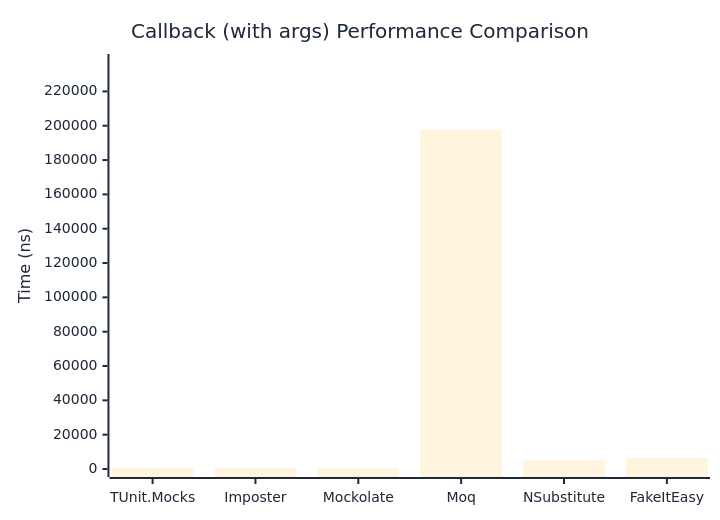
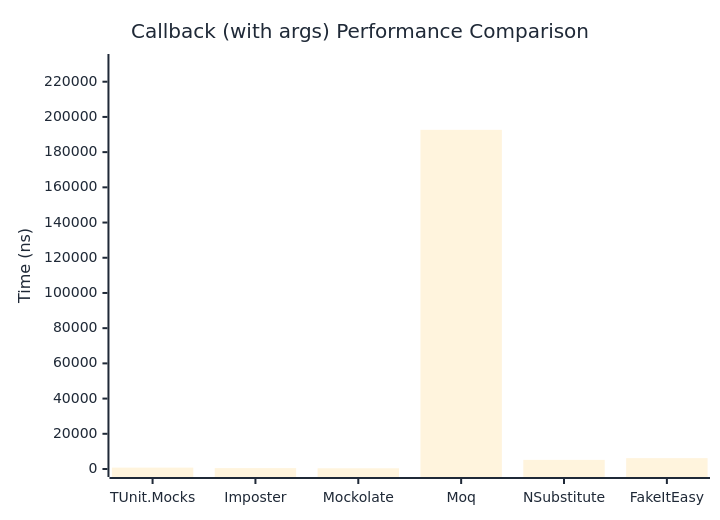
One commit to thomhurst/TUnit changed the second of 2 diagrams in docs/docs/benchmarks/mocks/Callback.md. Above: the diagram before and after it, drawn with Mermaid. The commit also changed other lines of this file and 14 other files, not shown here.

````diff
--- a/docs/docs/benchmarks/mocks/Callback.md
+++ b/docs/docs/benchmarks/mocks/Callback.md
@@ -71,27 +71,27 @@
 ```mermaid
 %%{init: {
   'theme':'base',
   'themeVariables': {
     'primaryColor': '#2563eb',
     'primaryTextColor': '#1f2937',
     'primaryBorderColor': '#1e40af',
     'lineColor': '#6b7280',
     'secondaryColor': '#7c3aed',
     'tertiaryColor': '#dc2626',
     'background': '#ffffff',
     'pie1': '#2563eb',
     'pie2': '#7c3aed',
     'pie3': '#dc2626',
     'pie4': '#f59e0b',
     'pie5': '#10b981',
     'pie6': '#06b6d4',
     'pie7': '#ec4899',
     'pie8': '#6366f1'
   }
 }}%%
 xychart-beta
   title "Callback (with args) Performance Comparison"
   x-axis ["TUnit.Mocks", "Imposter", "Mockolate", "Moq", "NSubstitute", "FakeItEasy"]
-  y-axis "Time (ns)" 0 --> 237133
-  bar [829.6, 550, 420.9, 197610.5, 5138.7, 6401.4]
+  y-axis "Time (ns)" 0 --> 231200
+  bar [785.6, 509.7, 410.7, 192666, 5183.3, 6167.2]
 ```
````
